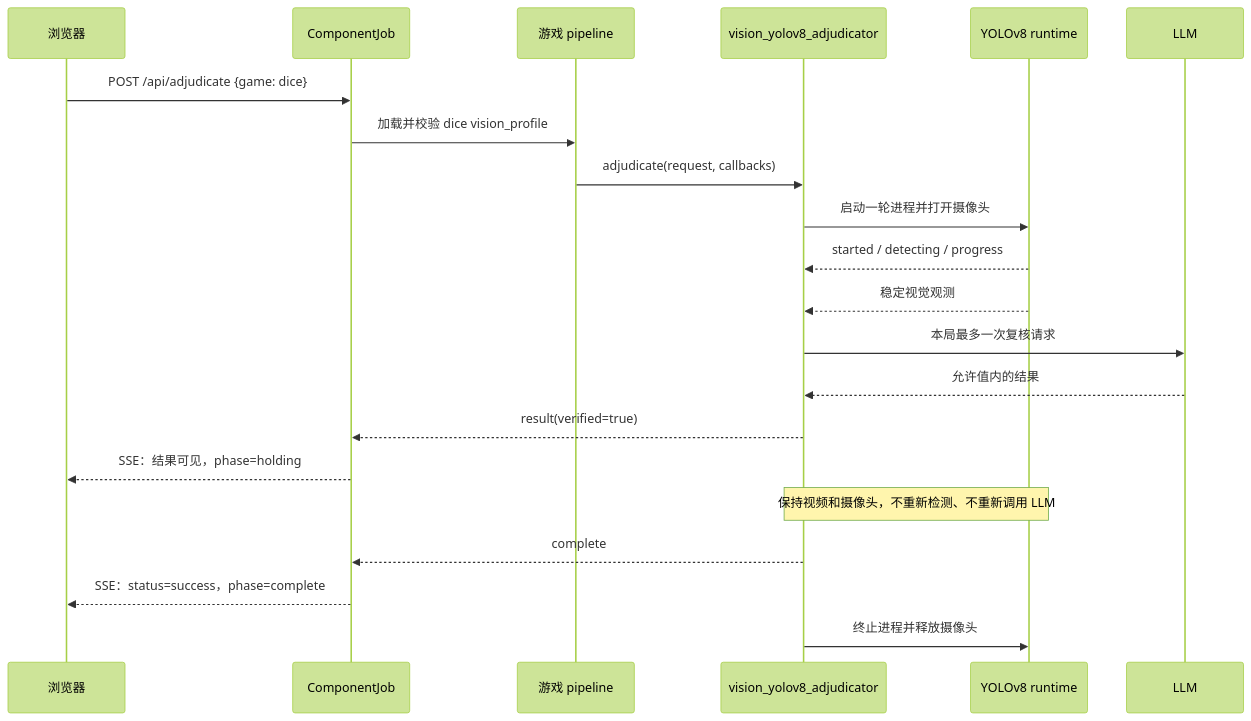
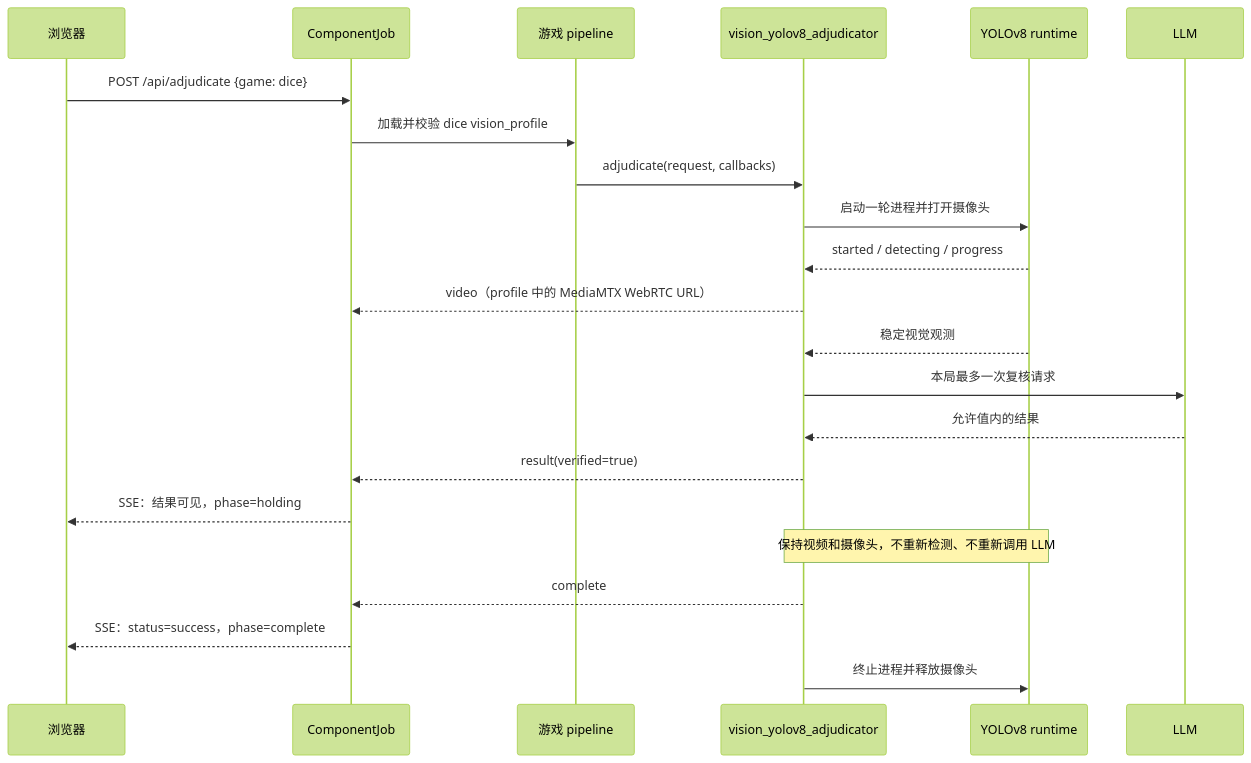
One commit to Fitz8863/spacemitk3-dice_demo changed the diagram in docs/superpowers/specs/2026-08-29-vision-yolov8-adjudicator-design.md. Above: the diagram before and after it, drawn with Mermaid (forest theme). The commit also changed other lines of this file, not shown here.

Commit message:
docs: define per-game mediamtx video urls

````diff
--- a/docs/superpowers/specs/2026-08-29-vision-yolov8-adjudicator-design.md
+++ b/docs/superpowers/specs/2026-08-29-vision-yolov8-adjudicator-design.md
@@ -269,24 +278,25 @@
 ```mermaid
 sequenceDiagram
     participant Web as 浏览器
     participant Job as ComponentJob
     participant Pipe as 游戏 pipeline
     participant V as vision_yolov8_adjudicator
     participant C as YOLOv8 runtime
     participant L as LLM
 
     Web->>Job: POST /api/adjudicate {game: dice}
     Job->>Pipe: 加载并校验 dice vision_profile
     Pipe->>V: adjudicate(request, callbacks)
     V->>C: 启动一轮进程并打开摄像头
     C-->>V: started / detecting / progress
+    V-->>Job: video（profile 中的 MediaMTX WebRTC URL）
     C-->>V: 稳定视觉观测
     V->>L: 本局最多一次复核请求
     L-->>V: 允许值内的结果
     V-->>Job: result(verified=true)
     Job-->>Web: SSE：结果可见，phase=holding
     Note over V,C: 保持视频和摄像头，不重新检测、不重新调用 LLM
     V-->>Job: complete
     Job-->>Web: SSE：status=success，phase=complete
     V->>C: 终止进程并释放摄像头
 ```
````
